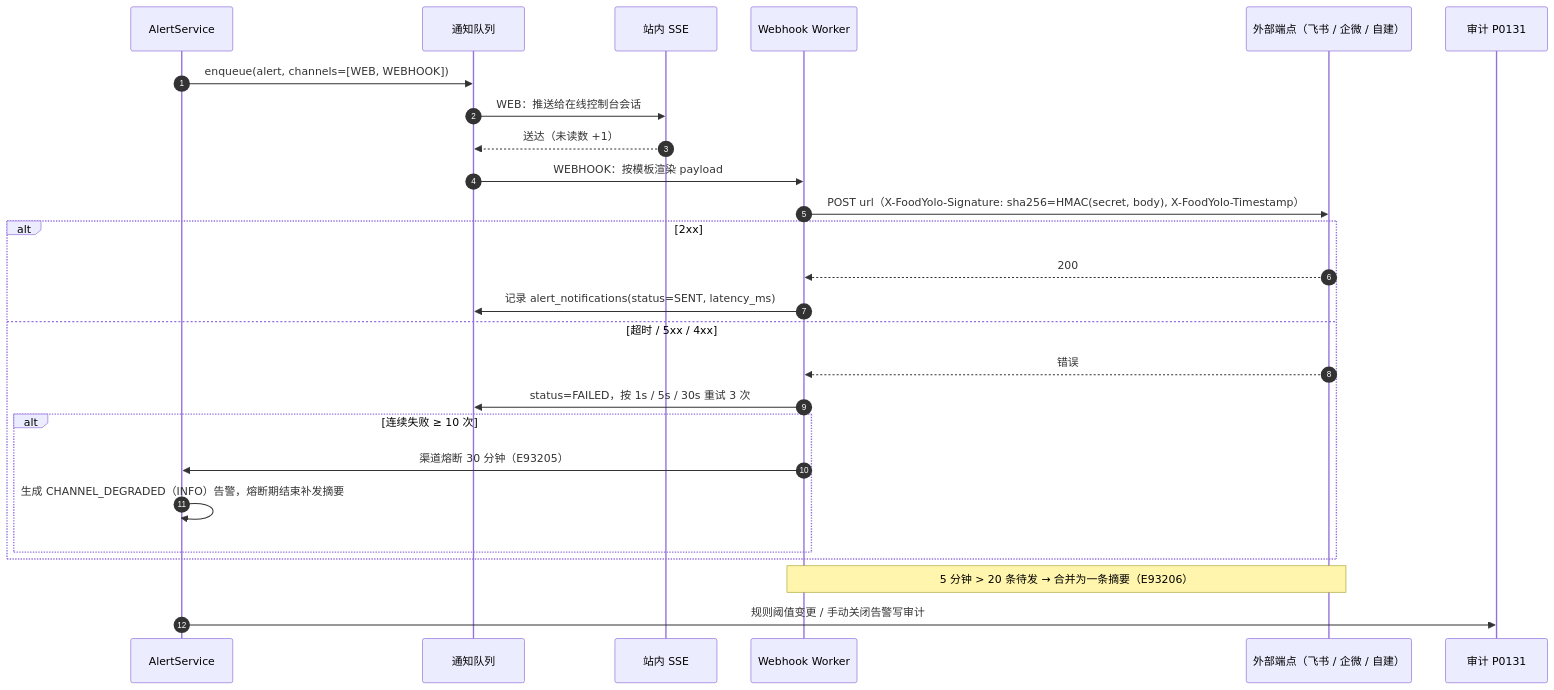
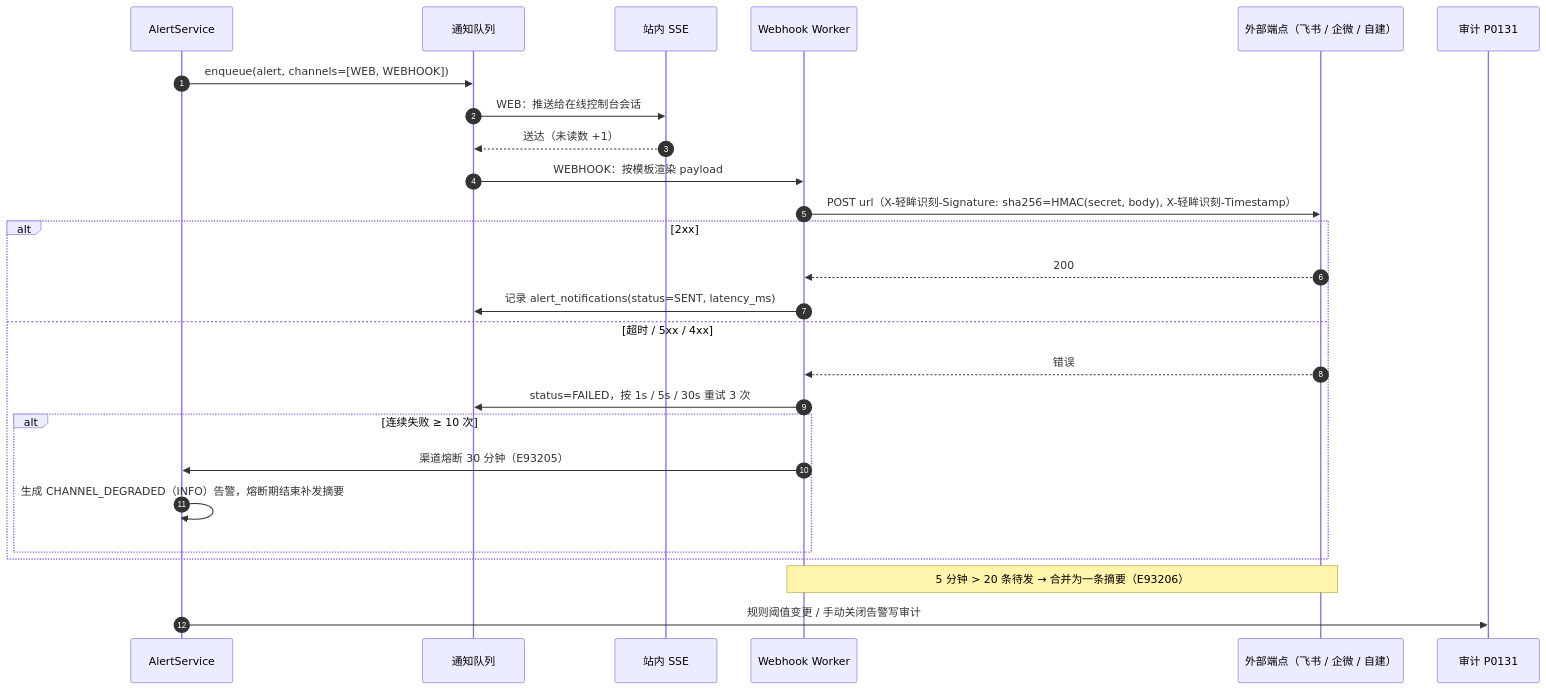
The fifth of 7 diagrams in PRD/09_系统管理/P0132_告警中心.md (QingMouFoodDate/ProjectPRD), drawn with Mermaid before and after one commit. The commit also changed other lines of this file and 45 other files, not shown here.

First line of the commit message:
docs: 产品名统一为轻眸识刻 + 新增仓库地图

````diff
--- a/PRD/09_系统管理/P0132_告警中心.md
+++ b/PRD/09_系统管理/P0132_告警中心.md
@@ -283,29 +283,29 @@
 ```mermaid
 sequenceDiagram
     autonumber
     participant AL as AlertService
     participant NQ as 通知队列
     participant SSE as 站内 SSE
     participant WH as Webhook Worker
     participant EP as 外部端点（飞书 / 企微 / 自建）
     participant AUD as 审计 P0131
 
     AL->>NQ: enqueue(alert, channels=[WEB, WEBHOOK])
     NQ->>SSE: WEB：推送给在线控制台会话
     SSE-->>NQ: 送达（未读数 +1）
     NQ->>WH: WEBHOOK：按模板渲染 payload
-    WH->>EP: POST url（X-FoodYolo-Signature: sha256=HMAC(secret, body), X-FoodYolo-Timestamp）
+    WH->>EP: POST url（X-轻眸识刻-Signature: sha256=HMAC(secret, body), X-轻眸识刻-Timestamp）
     alt 2xx
         EP-->>WH: 200
         WH->>NQ: 记录 alert_notifications(status=SENT, latency_ms)
     else 超时 / 5xx / 4xx
         EP-->>WH: 错误
         WH->>NQ: status=FAILED，按 1s / 5s / 30s 重试 3 次
         alt 连续失败 ≥ 10 次
             WH->>AL: 渠道熔断 30 分钟（E93205）
             AL->>AL: 生成 CHANNEL_DEGRADED（INFO）告警，熔断期结束补发摘要
         end
     end
     Note over WH,EP: 5 分钟 > 20 条待发 → 合并为一条摘要（E93206）
     AL->>AUD: 规则阈值变更 / 手动关闭告警写审计
 ```
````
